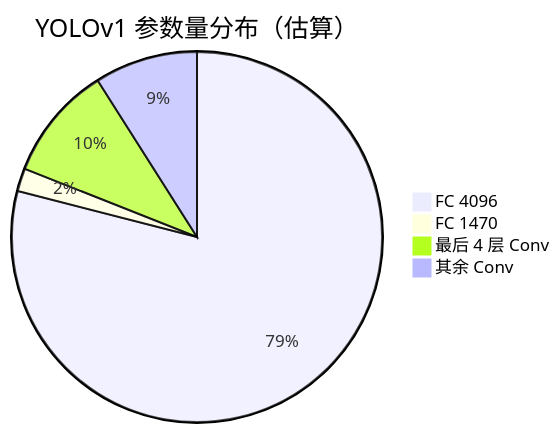
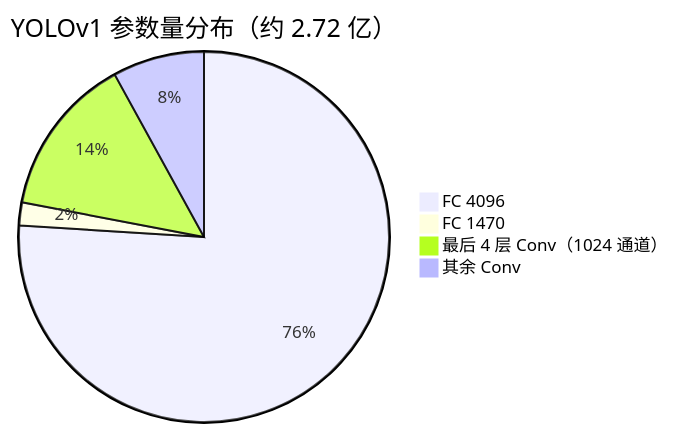
One commit to yejinlei/agent-yolo changed the fourth of 4 diagrams in docs/versions/v1/architecture.md. Above: the diagram before and after it, drawn with Mermaid. The commit also changed other lines of this file and 27 other files, not shown here.

First line of the commit message:
docs(v1): SVG 原理图组件 + 源码可点击跳转 + 全站事实校准

````diff
--- a/docs/versions/v1/architecture.md
+++ b/docs/versions/v1/architecture.md
@@ -290,7 +193,7 @@
 ```mermaid
-pie title YOLOv1 参数量分布（估算）
-    "FC 4096" : 79
+pie title YOLOv1 参数量分布（约 2.72 亿）
+    "FC 4096" : 76
     "FC 1470" : 2
-    "最后 4 层 Conv" : 10
-    "其余 Conv" : 9
+    "最后 4 层 Conv（1024 通道）" : 14
+    "其余 Conv" : 8
 ```
````
